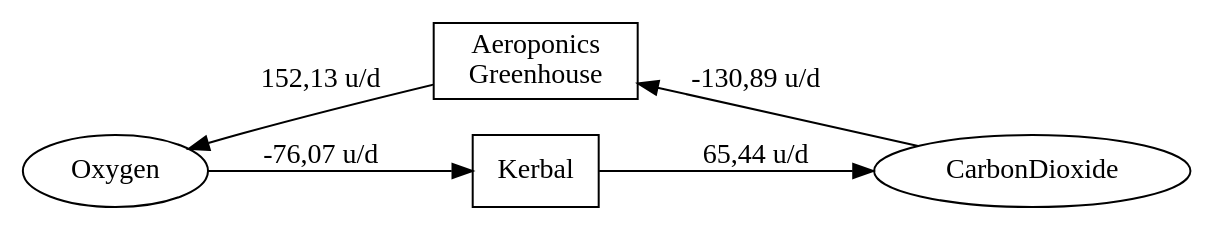
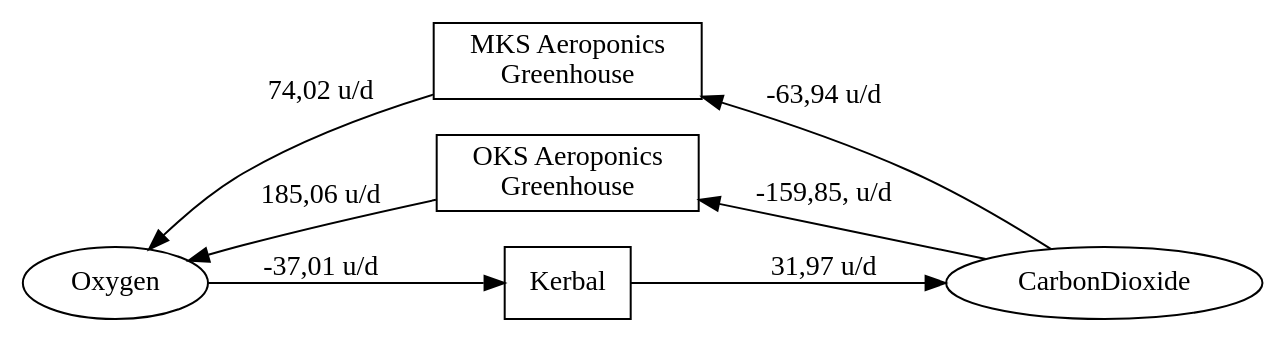
Before and after one commit to mhoram-kerbin/USI-Kolonization-Systems-Resources: the diagram in LifeSupport/Oxygen.dot, drawn with Graphviz. The commit also changed 1 other file, not shown here.

Commit message:
Updated some Charts for TAC-LS v0.10

```diff
--- a/LifeSupport/Oxygen.dot
+++ b/LifeSupport/Oxygen.dot
@@ -1,30 +1,35 @@
 /* -*- coding: utf-8; -*-
 Overview over USI Kolonization System Resources
 Copyright 2014 By Mhoram
 
 This Work may be distributed under the Creative Commons
 Attribution-NonCommercial-ShareAlike 4.0 International License.
 
 */
 
 # dot -Tpng -o Oxygen.png Oxygen.dot
 
 digraph Oxygen {
     rankdir="LR";
 
     Kerbal [label="Kerbal", shape=box];
-    Greenhouse [label="Aeroponics\nGreenhouse", shape=box];
+    MksGreenhouse [label="MKS Aeroponics\nGreenhouse", shape=box];
+    OksGreenhouse [label="OKS Aeroponics\nGreenhouse", shape=box];
 
     {
         rank=same;
         Kerbal;
-        Greenhouse;
+        MksGreenhouse;
+        OksGreenhouse;
     }
 
-    CarbonDioxide -> Greenhouse [label="-130,89 u/d",constraint=none];
-    Greenhouse -> Oxygen [label="152,13 u/d",constraint=none];
+    CarbonDioxide -> OksGreenhouse [label="-159,85, u/d",constraint=none];
+    OksGreenhouse -> Oxygen [label="185,06 u/d",constraint=none];
 
-    Oxygen -> Kerbal [label="-76,07 u/d"];
-    Kerbal -> CarbonDioxide [label="65,44 u/d"];
+    CarbonDioxide -> MksGreenhouse [label="-63,94 u/d",constraint=none];
+    MksGreenhouse -> Oxygen [label="74,02 u/d",constraint=none];
+
+    Oxygen -> Kerbal [label="-37,01 u/d"];
+    Kerbal -> CarbonDioxide [label="31,97 u/d"];
 
 }
```
